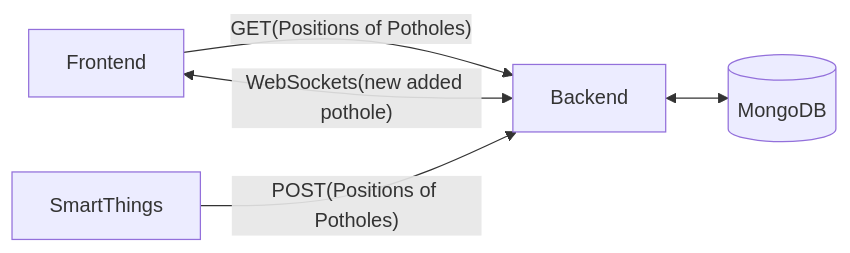
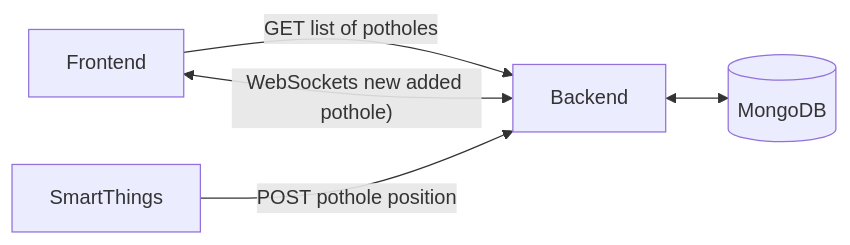
The diagram in profile/README.md (Potholes-ai/.github), drawn with Mermaid before and after one commit. The commit also changed other lines of this file, not shown here.

````diff
--- a/profile/README.md
+++ b/profile/README.md
@@ -9,10 +9,10 @@
 ```mermaid
 flowchart LR
 
-    Frontend--GET(Positions of Potholes)-->Backend;
-    Backend<--WebSockets(new added pothole)-->Frontend;
+    Frontend--GET list of potholes-->Backend;
+    Backend<--WebSockets new added pothole)-->Frontend;
 Backend<-->id1[(MongoDB)];
-    SmartThings--POST(Positions of Potholes)--> Backend;
+    SmartThings--POST pothole position--> Backend;
 
 
 ```
````
